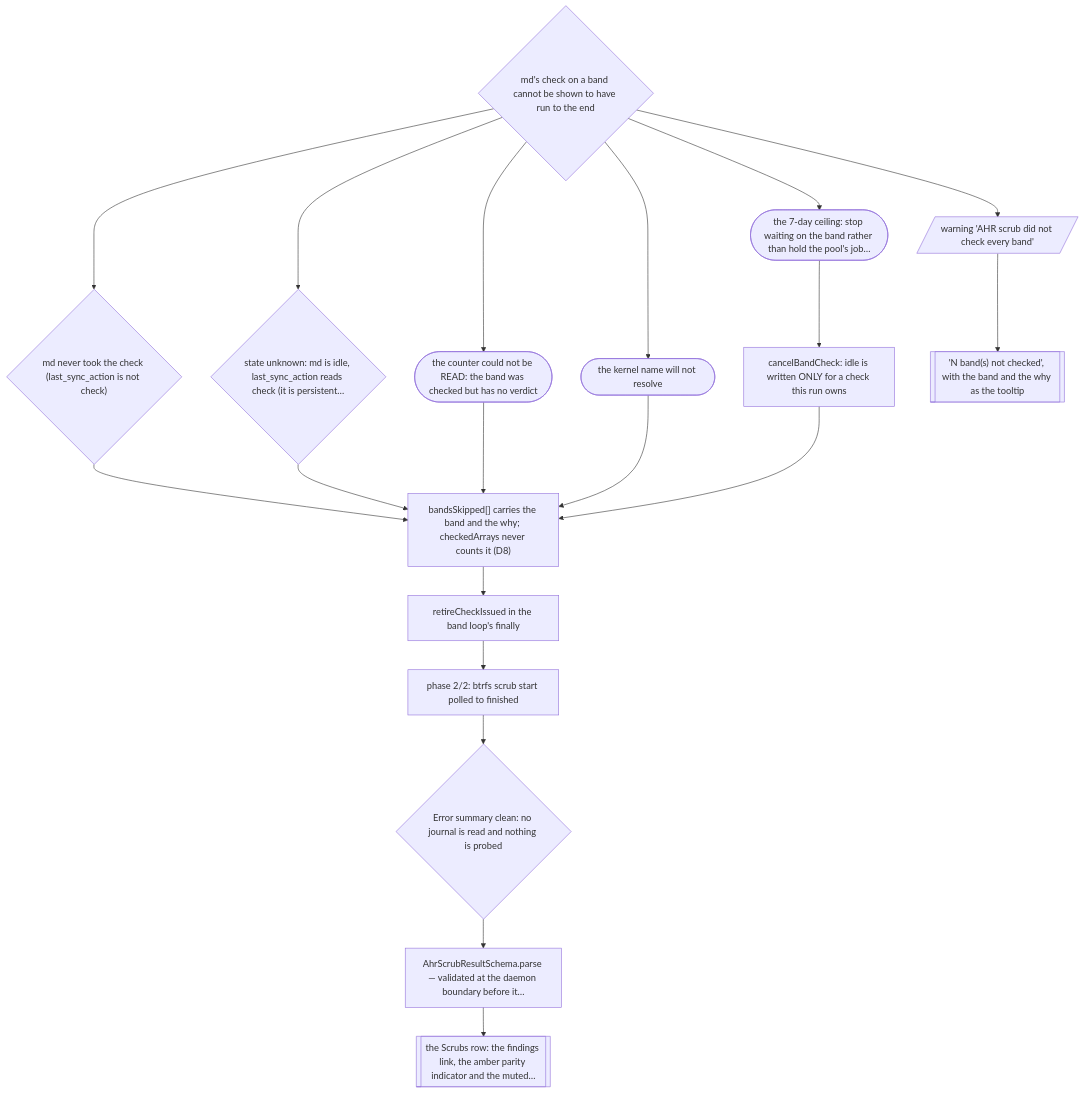
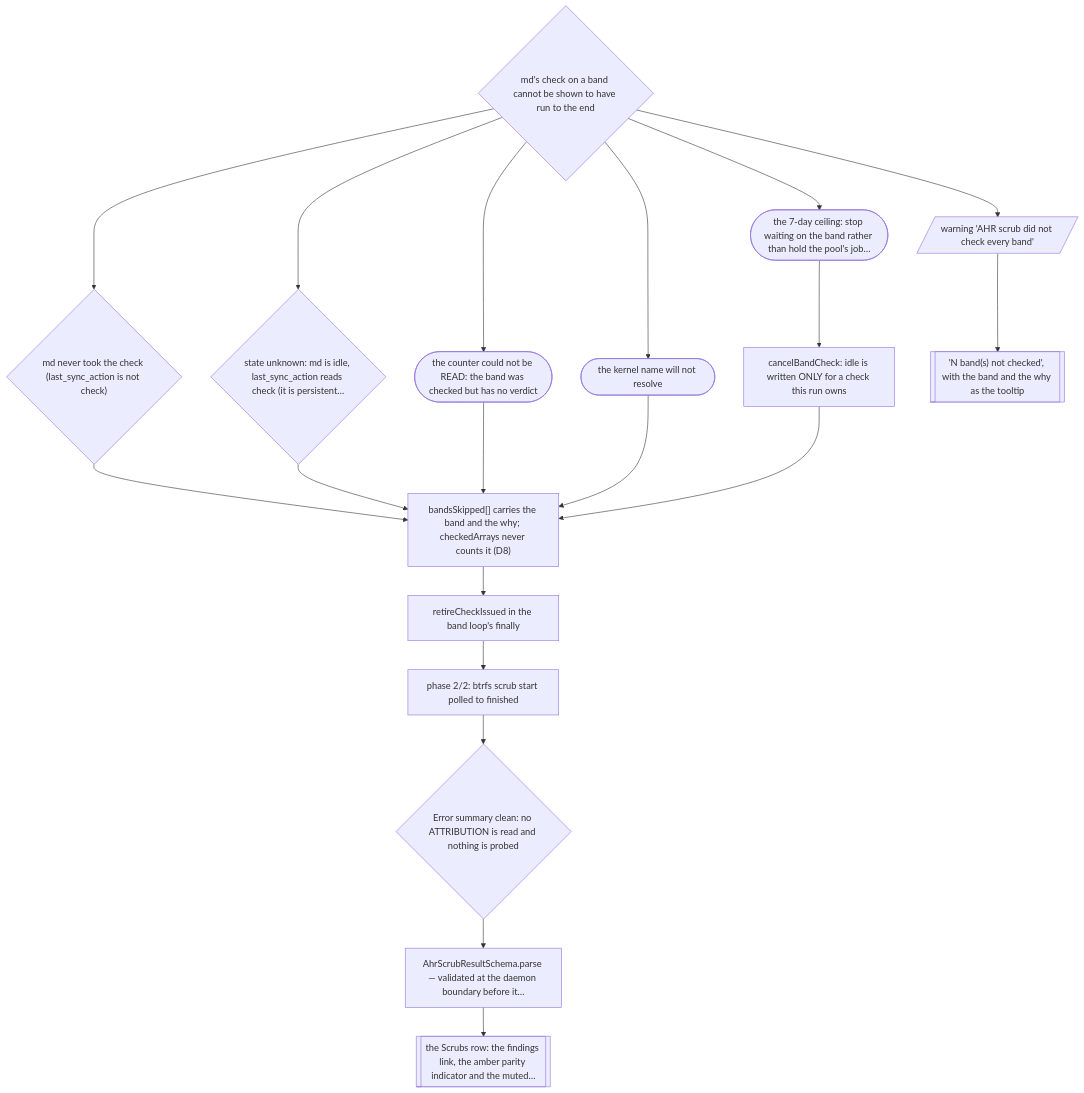
Before and after one commit to devn-ch/anas: diagram 17 of 24 in docs/AHR-SELF-HEAL-DECISION-TREE.md, drawn with Mermaid. The commit also changed other lines of this file and 16 other files, not shown here.

````diff
--- a/docs/AHR-SELF-HEAL-DECISION-TREE.md
+++ b/docs/AHR-SELF-HEAL-DECISION-TREE.md
@@ -1613,36 +1622,36 @@
 ```mermaid
 flowchart TD
   X17{"md's check on a band cannot be shown to have run to the end"}
   S11{"md never took the check (last_sync_action is not check)"}
   S13{"state unknown: md is idle, last_sync_action reads check (it is persistent…"}
   S16(["the 7-day ceiling: stop waiting on the band rather than hold the pool's job…"])
   S20n(["the counter could not be READ: the band was checked but has no verdict"])
   S63[/"warning 'AHR scrub did not check every band'"/]
   S03(["the kernel name will not resolve"])
   S30["bandsSkipped[] carries the band and the why; checkedArrays never counts it (D8)"]
   S18["cancelBandCheck: idle is written ONLY for a check this run owns"]
   U03[["'N band(s) not checked', with the band and the why as the tooltip"]]
   S31["retireCheckIssued in the band loop's finally"]
   S40["phase 2/2: btrfs scrub start polled to finished"]
-  S42{"Error summary clean: no journal is read and nothing is probed"}
+  S42{"Error summary clean: no ATTRIBUTION is read and nothing is probed"}
   S60["AhrScrubResultSchema.parse — validated at the daemon boundary before it…"]
   S64[["the Scrubs row: the findings link, the amber parity indicator and the muted…"]]
   X17 --> S11
   X17 --> S13
   X17 --> S16
   X17 --> S20n
   X17 --> S63
   X17 --> S03
   S11 --> S30
   S13 --> S30
   S16 --> S18
   S20n --> S30
   S63 --> U03
   S03 --> S30
   S30 --> S31
   S18 --> S30
   S31 --> S40
   S40 --> S42
   S42 --> S60
   S60 --> S64
 ```
````
